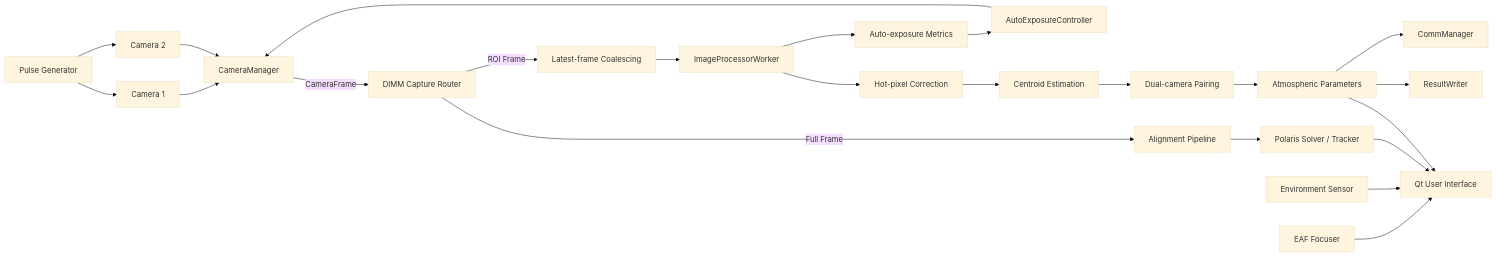
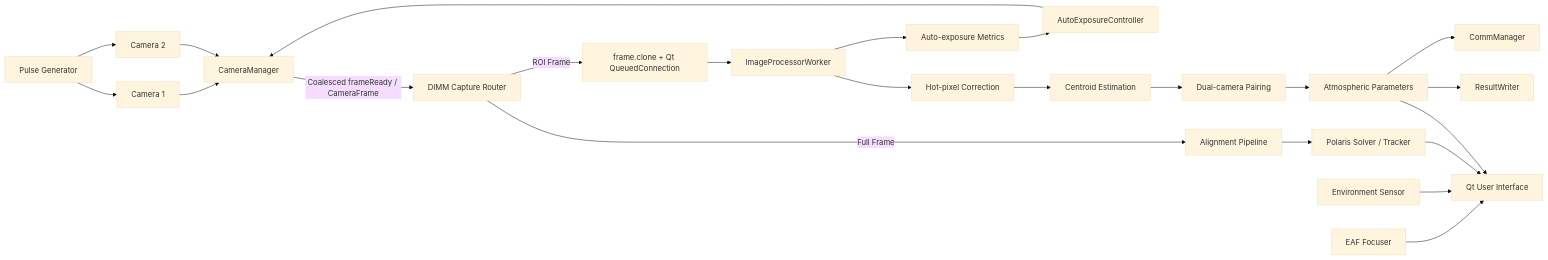
One commit to Tolight1/DIMM changed the diagram in README.md. Above: the diagram before and after it, drawn with Mermaid (base theme). The commit also changed other lines of this file, not shown here.

First line of the commit message:
Revise README for frame processing and thread model updates

````diff
--- a/README.md
+++ b/README.md
@@ -66,31 +66,31 @@
 ```mermaid
 flowchart LR
     CameraA[Camera 1] --> CM[CameraManager]
     CameraB[Camera 2] --> CM
     Pulse[Pulse Generator] --> CameraA
     Pulse --> CameraB
 
-    CM -->|CameraFrame| Router[DIMM Capture Router]
+    CM -->|Coalesced frameReady / CameraFrame| Router[DIMM Capture Router]
     Router -->|Full Frame| Align[Alignment Pipeline]
-    Router -->|ROI Frame| Queue[Latest-frame Coalescing]
+    Router -->|ROI Frame| Submit[frame.clone + Qt QueuedConnection]
 
-    Queue --> Worker[ImageProcessorWorker]
+    Submit --> Worker[ImageProcessorWorker]
     Worker --> HotPixel[Hot-pixel Correction]
     HotPixel --> Centroid[Centroid Estimation]
     Centroid --> Pairing[Dual-camera Pairing]
     Pairing --> Atmosphere[Atmospheric Parameters]
 
     Worker --> AE[Auto-exposure Metrics]
     AE --> AEController[AutoExposureController]
     AEController --> CM
 
     Align --> Polaris[Polaris Solver / Tracker]
     Polaris --> UI[Qt User Interface]
 
     Atmosphere --> UI
     Atmosphere --> Writer[ResultWriter]
     Atmosphere --> Comm[CommManager]
 
     Sensor[Environment Sensor] --> UI
     EAF[EAF Focuser] --> UI
 ```
````
